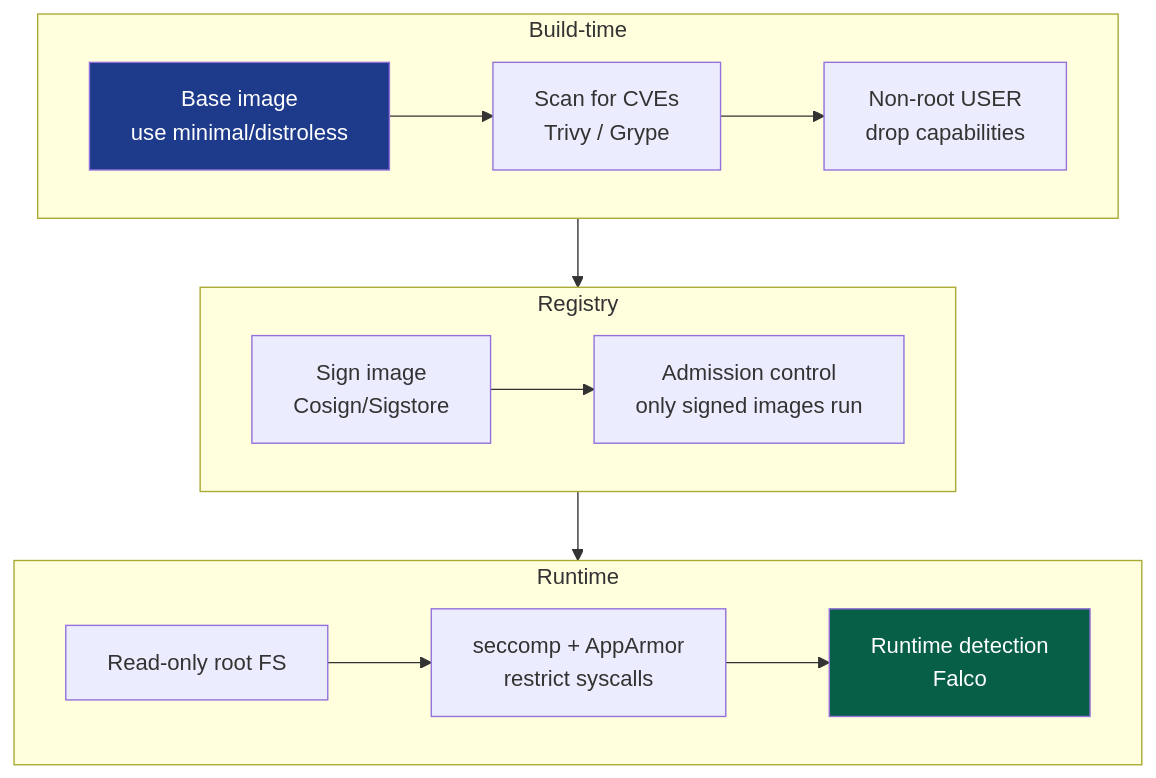
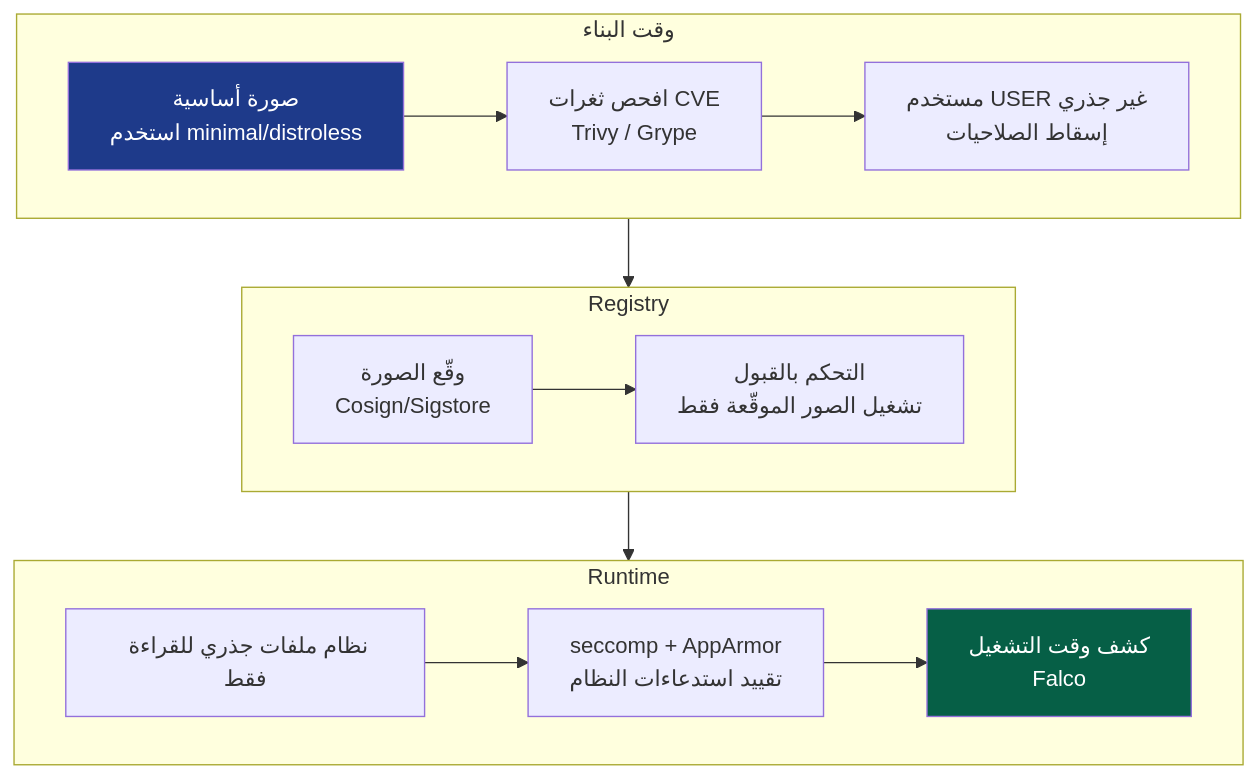
One commit to ibra-kdbra/banije changed the third of 11 diagrams in src/content/translate/ar/cloud-native-and-supply-chain-security-in-depth.md. Above: the diagram before and after it, drawn with Mermaid. The commit also changed other lines of this file and 33 other files, not shown here.

````diff
--- a/src/content/translate/ar/cloud-native-and-supply-chain-security-in-depth.md
+++ b/src/content/translate/ar/cloud-native-and-supply-chain-security-in-depth.md
@@ -93,17 +93,17 @@
 ```mermaid
 graph TD
-    subgraph Build["Build-time"]
-        IMG[Base image<br/>use minimal/distroless] --> SCAN[Scan for CVEs<br/>Trivy / Grype]
-        SCAN --> NOROOT[Non-root USER<br/>drop capabilities]
+    subgraph Build["وقت البناء"]
+        IMG["صورة أساسية<br/>استخدم minimal/distroless"] --> SCAN["افحص ثغرات CVE<br/>Trivy / Grype"]
+        SCAN --> NOROOT["مستخدم USER غير جذري<br/>إسقاط الصلاحيات"]
     end
     subgraph Registry
-        SIGN[Sign image<br/>Cosign/Sigstore] --> ADMIT[Admission control<br/>only signed images run]
+        SIGN["وقّع الصورة<br/>Cosign/Sigstore"] --> ADMIT["التحكم بالقبول<br/>تشغيل الصور الموقّعة فقط"]
     end
     subgraph Runtime
-        RO[Read-only root FS] --> SECCOMP[seccomp + AppArmor<br/>restrict syscalls]
-        SECCOMP --> RT[Runtime detection<br/>Falco]
+        RO["نظام ملفات جذري للقراءة فقط"] --> SECCOMP["seccomp + AppArmor<br/>تقييد استدعاءات النظام"]
+        SECCOMP --> RT["كشف وقت التشغيل<br/>Falco"]
     end
     Build --> Registry --> Runtime
     style IMG fill:#1e3a8a,color:#fff
     style RT fill:#065f46,color:#fff
 ```
````
